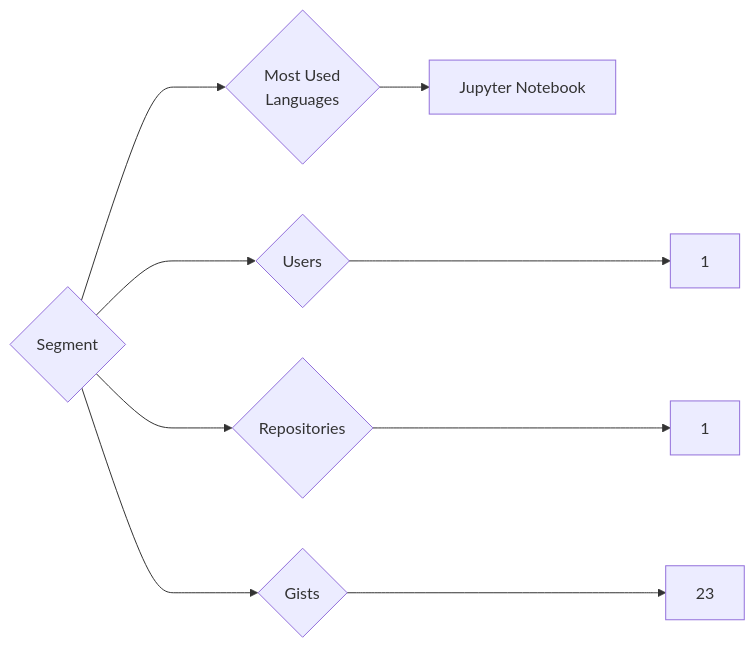
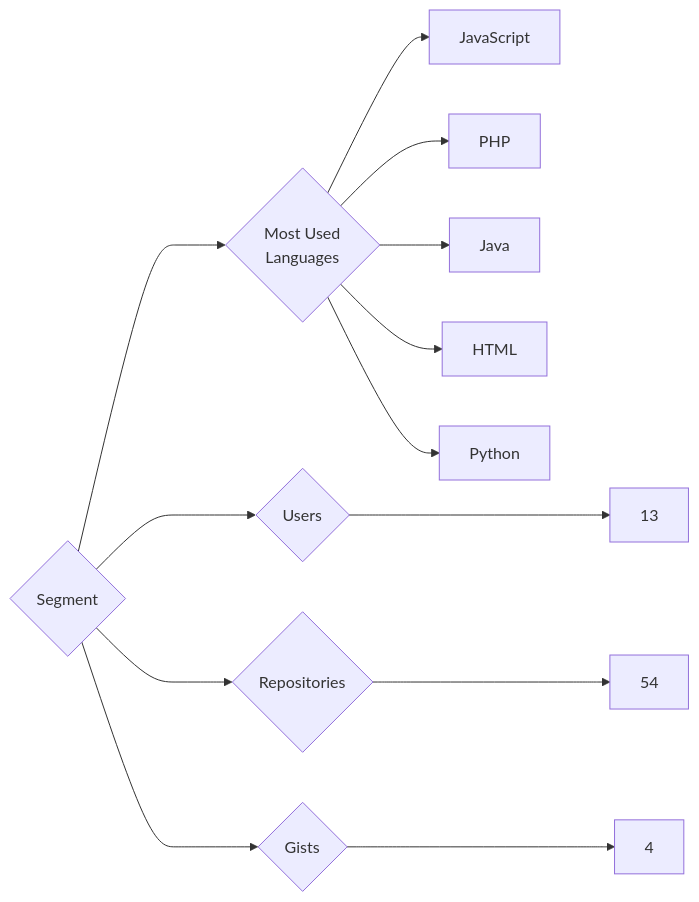
One commit to trickest/insiders changed the diagram in targets/Segment/README.md. Above: the diagram before and after it, drawn with Mermaid. The commit also changed 728 other files, not shown here.

````diff
--- a/targets/Segment/README.md
+++ b/targets/Segment/README.md
@@ -3,9 +3,13 @@
 ```mermaid
 graph LR
 COMPANY_NAME{Segment}
-COMPANY_NAME ---> U{Users} ---> UN[1]
-COMPANY_NAME ---> R{Repositories} ---> RN[1]
-COMPANY_NAME ---> G{Gists} ---> GN[23]
+COMPANY_NAME ---> U{Users} ---> UN[13]
+COMPANY_NAME ---> R{Repositories} ---> RN[54]
+COMPANY_NAME ---> G{Gists} ---> GN[4]
 COMPANY_NAME ---> ML{Most Used<br>Languages}
-ML --> Jupyter_Notebook[Jupyter Notebook]
+ML --> JavaScript[JavaScript]
+ML --> PHP[PHP]
+ML --> Java[Java]
+ML --> HTML[HTML]
+ML --> Python[Python]
 ```
````
